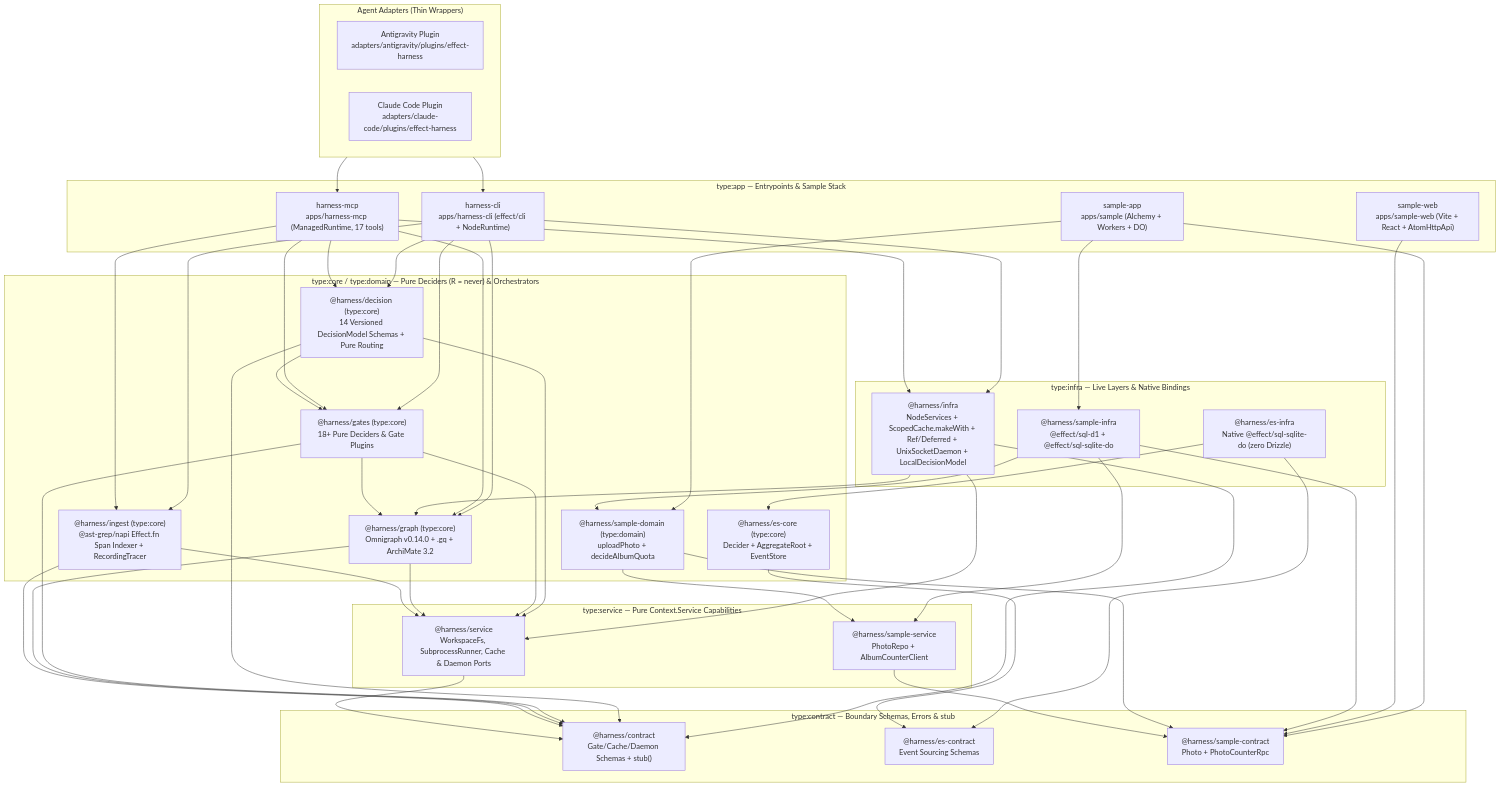
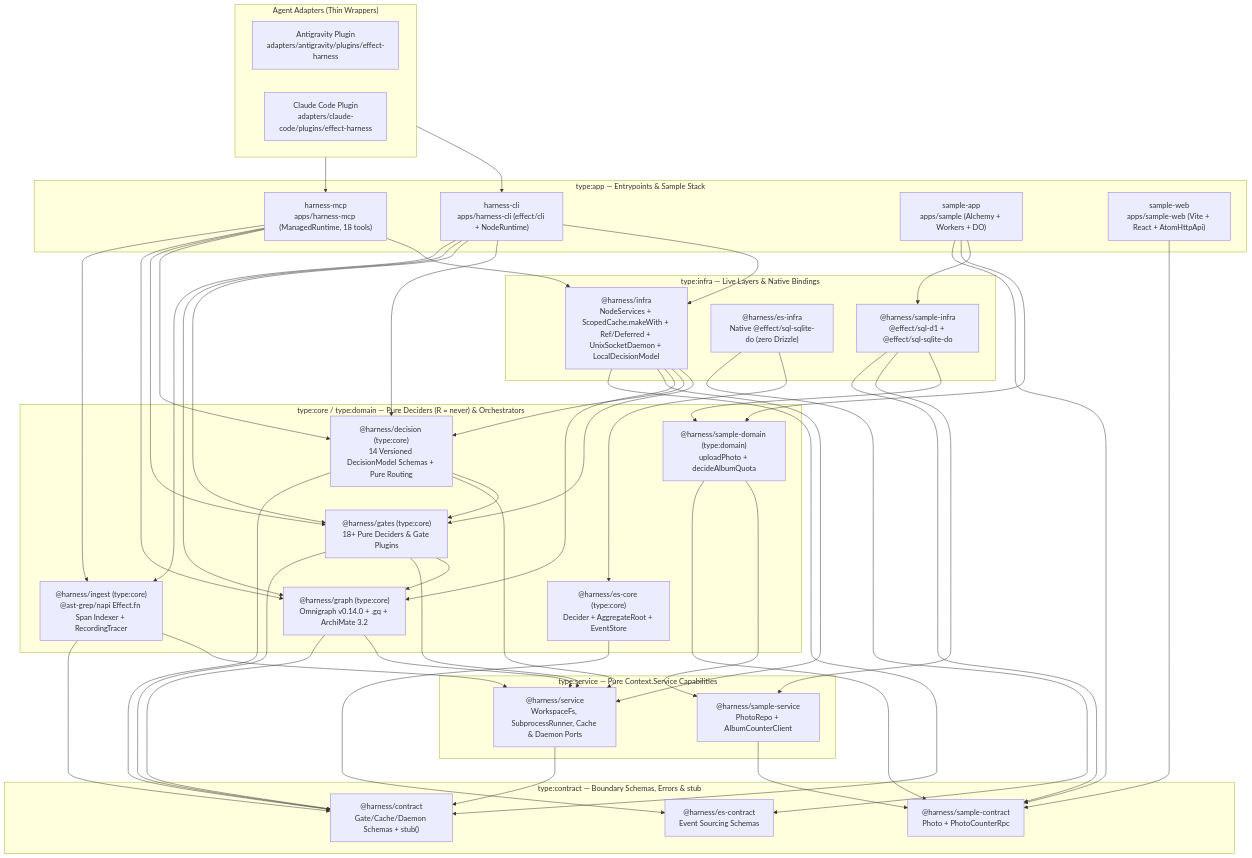
One commit to selmeci/effect-ts-harness changed the first of 2 diagrams in README.md. Above: the diagram before and after it, drawn with Mermaid. The commit also changed other lines of this file and 123 other files, not shown here.

First line of the commit message:
feat(workflow): RFC-0013 WF-3 task engine, CLI/MCP & harness hardening (#44)

````diff
--- a/README.md
+++ b/README.md
@@ -31,58 +31,58 @@
 ```mermaid
 flowchart TD
   subgraph Adapters["Agent Adapters (Thin Wrappers)"]
     AGY["Antigravity Plugin\nadapters/antigravity/plugins/effect-harness"]
     CC["Claude Code Plugin\nadapters/claude-code/plugins/effect-harness"]
   end
 
   subgraph Apps["type:app — Entrypoints & Sample Stack"]
     CLI["harness-cli\napps/harness-cli (effect/cli + NodeRuntime)"]
-    MCP["harness-mcp\napps/harness-mcp (ManagedRuntime, 17 tools)"]
+    MCP["harness-mcp\napps/harness-mcp (ManagedRuntime, 18 tools)"]
     SAMPLE["sample-app\napps/sample (Alchemy + Workers + DO)"]
     SAMPLE_WEB["sample-web\napps/sample-web (Vite + React + AtomHttpApi)"]
   end
 
   subgraph Infra["type:infra — Live Layers & Native Bindings"]
     HARNESS_INFRA["@harness/infra\nNodeServices + ScopedCache.makeWith + Ref/Deferred + UnixSocketDaemon + LocalDecisionModel"]
     ES_INFRA["@harness/es-infra\nNative @effect/sql-sqlite-do (zero Drizzle)"]
     SAMPLE_INFRA["@harness/sample-infra\n@effect/sql-d1 + @effect/sql-sqlite-do"]
   end
 
   subgraph CoreDomain["type:core / type:domain — Pure Deciders (R = never) & Orchestrators"]
     GATES["@harness/gates (type:core)\n18+ Pure Deciders & Gate Plugins"]
     GRAPH["@harness/graph (type:core)\nOmnigraph v0.14.0 + .gq + ArchiMate 3.2"]
     INGEST["@harness/ingest (type:core)\n@ast-grep/napi Effect.fn Span Indexer + RecordingTracer"]
     DECISION["@harness/decision (type:core)\n14 Versioned DecisionModel Schemas + Pure Routing"]
     ES_CORE["@harness/es-core (type:core)\nDecider + AggregateRoot + EventStore"]
     SAMPLE_DOM["@harness/sample-domain (type:domain)\nuploadPhoto + decideAlbumQuota"]
   end
 
   subgraph Services["type:service — Pure Context.Service Capabilities"]
     HARNESS_SVC["@harness/service\nWorkspaceFs, SubprocessRunner, Cache & Daemon Ports"]
     SAMPLE_SVC["@harness/sample-service\nPhotoRepo + AlbumCounterClient"]
   end
 
   subgraph Contracts["type:contract — Boundary Schemas, Errors & stub"]
     HARNESS_CON["@harness/contract\nGate/Cache/Daemon Schemas + stub<A,E,R>()"]
     ES_CON["@harness/es-contract\nEvent Sourcing Schemas"]
     SAMPLE_CON["@harness/sample-contract\nPhoto + PhotoCounterRpc"]
   end
 
   Adapters --> CLI
   Adapters --> MCP
   CLI --> HARNESS_INFRA & DECISION & GATES & GRAPH & INGEST
   MCP --> HARNESS_INFRA & DECISION & GATES & GRAPH & INGEST
-  HARNESS_INFRA --> GRAPH & HARNESS_SVC & HARNESS_CON
+  HARNESS_INFRA --> GATES & DECISION & GRAPH & HARNESS_SVC & HARNESS_CON
   DECISION --> GATES & HARNESS_SVC & HARNESS_CON
   GATES --> GRAPH & HARNESS_SVC & HARNESS_CON
   GRAPH --> HARNESS_SVC & HARNESS_CON
   INGEST --> HARNESS_SVC & HARNESS_CON
   HARNESS_SVC --> HARNESS_CON
   SAMPLE --> SAMPLE_INFRA & SAMPLE_DOM & SAMPLE_CON
   SAMPLE_WEB --> SAMPLE_CON
   SAMPLE_INFRA --> SAMPLE_DOM & SAMPLE_SVC & SAMPLE_CON
   SAMPLE_DOM --> SAMPLE_SVC & SAMPLE_CON
   SAMPLE_SVC --> SAMPLE_CON
   ES_INFRA --> ES_CORE & ES_CON
   ES_CORE --> ES_CON
 ```
````
